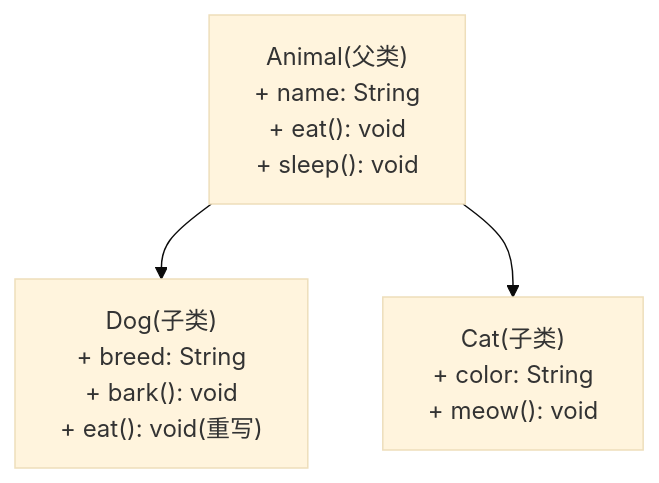
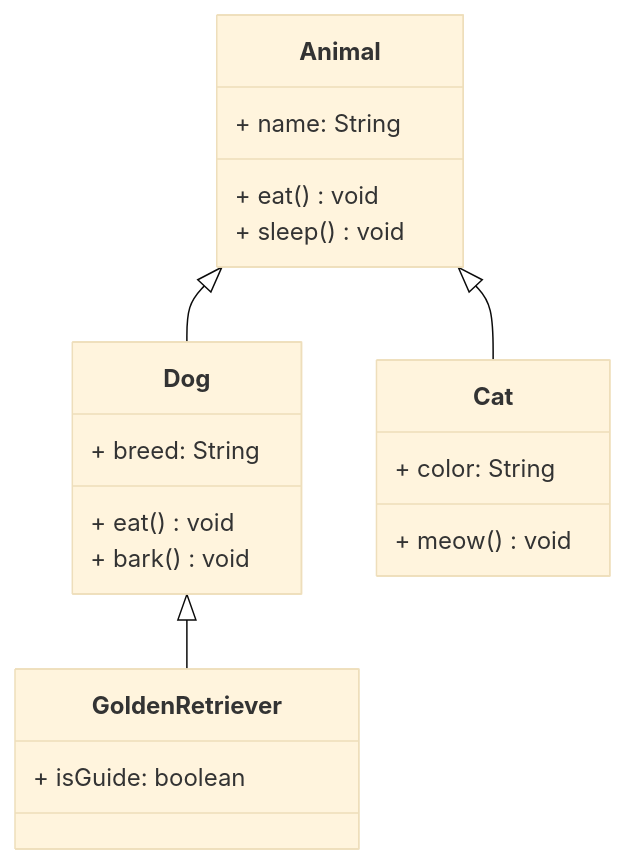
One commit to b1tzer/b1tzer.github.io changed the first of 6 diagrams in docs/01-java-basic/01-面向对象.md. Above: the diagram before and after it, drawn with Mermaid (base theme). The commit also changed other lines of this file and 2 other files, not shown here.

````diff
--- a/docs/01-java-basic/01-面向对象.md
+++ b/docs/01-java-basic/01-面向对象.md
@@ -68,17 +98,24 @@
 ```mermaid
-flowchart TD
-    Animal["Animal(父类)
+classDiagram
+    class Animal {
         + name: String
-        + eat(): void
-        + sleep(): void"]
-    Dog["Dog(子类)
+        + eat() void
+        + sleep() void
+    }
+    class Dog {
         + breed: String
-        + bark(): void
-        + eat(): void(重写)"]
-    Cat["Cat(子类)
+        + eat() void
+        + bark() void
+    }
+    class Cat {
         + color: String
-        + meow(): void"]
+        + meow() void
+    }
+    class GoldenRetriever {
+        + isGuide: boolean
+    }
 
-    Animal --> Dog
-    Animal --> Cat
+    Animal <|-- Dog
+    Animal <|-- Cat
+    Dog <|-- GoldenRetriever
 ```
````
